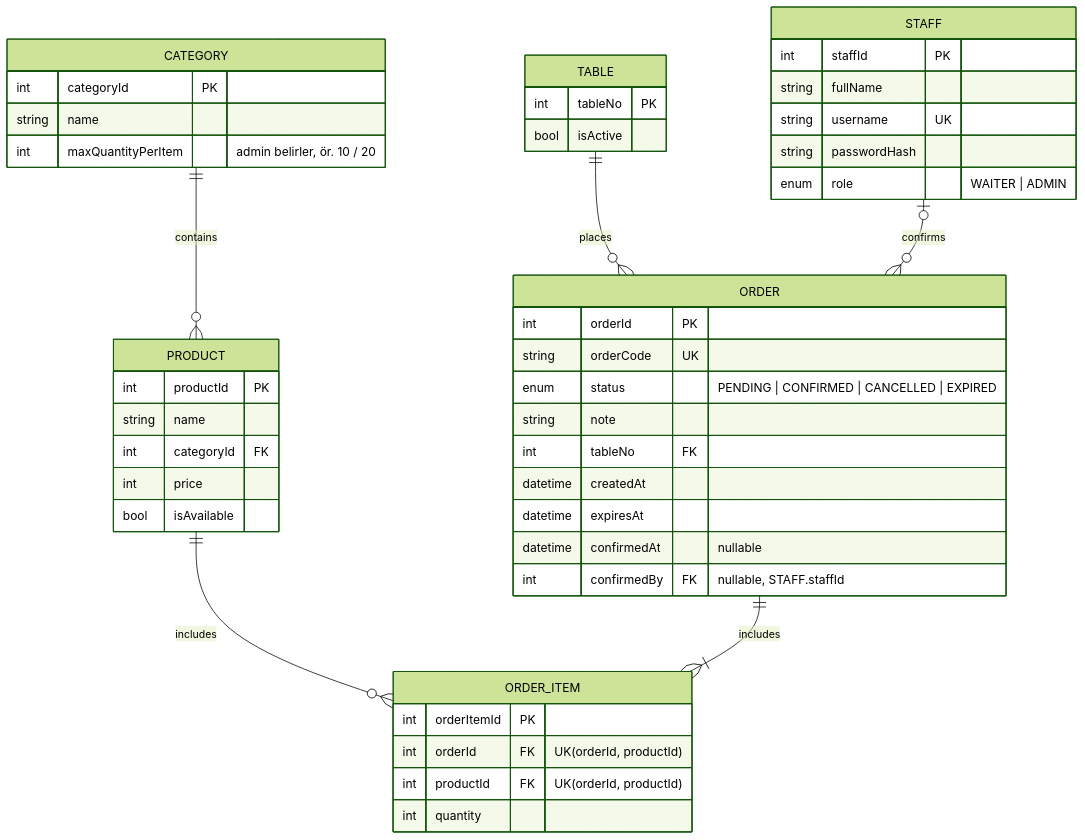
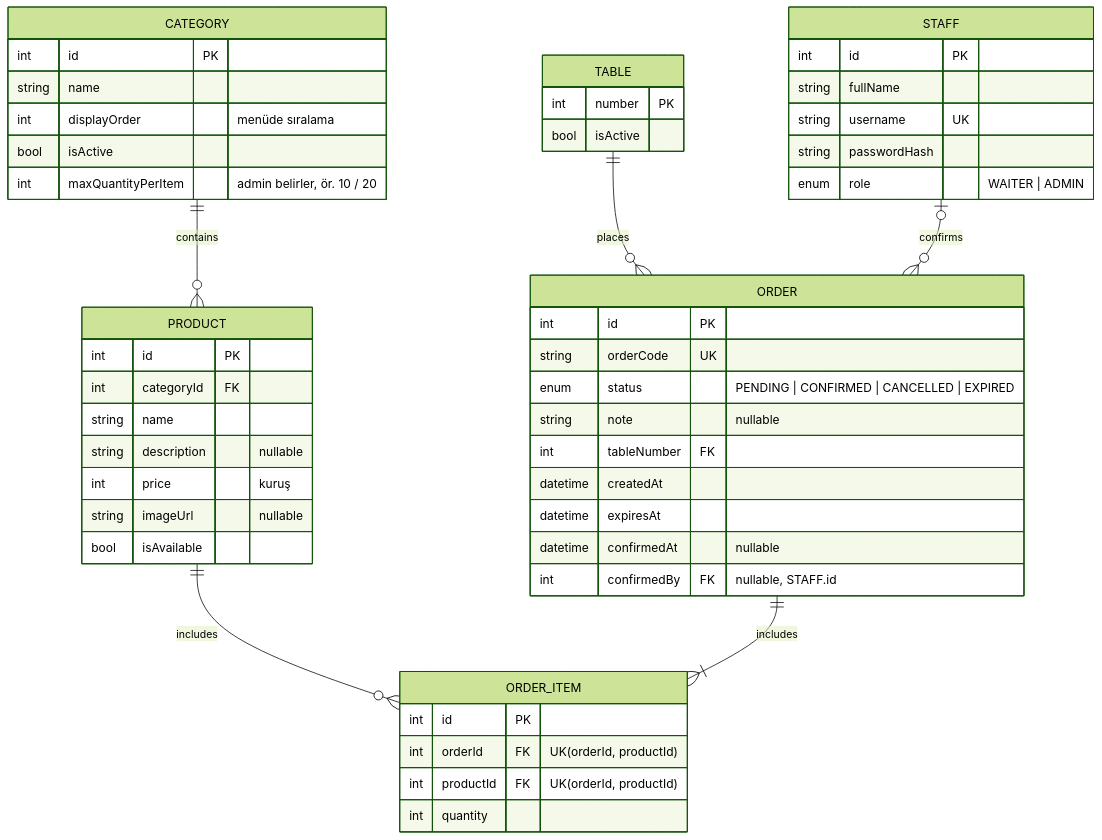
The diagram in docs/adr/001-database.md (AEVYEN/QR_Restaurant_Automation_App), drawn with Mermaid (forest theme) before and after one commit. The commit also changed other lines of this file and 1 other file, not shown here.

Commit message:
docs: record phase 2 decisions and align roadmap with domain model
- Add phase 2 decisions (envelope response, unversioned /health,
  env-schema, DI via plugin options, no Prisma models yet, event bus
  deferred to phase 5) and reorder phase 2 tasks
- Align ADR-001 ER diagram with roadmap entities (id PKs, Table.number,
  tableNumber FK, missing fields) and document camelCase/snake_case mapping
- Mark later order statuses as next version in the status diagram
- Fix staff actions to match the status machine (add staff cancel
  endpoint, replace "Reject" in waiter panel)
- Add per-phase Prisma model tasks; create Staff model in phase 5
- Fix ADR list to match existing files and update next step

````diff
--- a/docs/adr/001-database.md
+++ b/docs/adr/001-database.md
@@ -21,54 +21,58 @@
 ```mermaid
 erDiagram
     CATEGORY ||--o{ PRODUCT : contains
     PRODUCT  ||--o{ ORDER_ITEM : includes
     TABLE    ||--o{ ORDER : places
     ORDER    ||--|{ ORDER_ITEM : includes
     STAFF    |o--o{ ORDER : confirms
 
     CATEGORY {
-        int categoryId PK
+        int id PK
         string name
+        int displayOrder "menüde sıralama"
+        bool isActive
         int maxQuantityPerItem "admin belirler, ör. 10 / 20"
     }
 
     PRODUCT {
-        int productId PK
+        int id PK
+        int categoryId FK
         string name
-        int categoryId FK
-        int   price
-        bool   isAvailable
+        string description "nullable"
+        int price "kuruş"
+        string imageUrl "nullable"
+        bool isAvailable
     }
 
     TABLE {
-        int tableNo PK
+        int number PK
         bool isActive
     }
 
     ORDER {
-        int orderId PK
+        int id PK
         string orderCode UK
         enum status "PENDING | CONFIRMED | CANCELLED | EXPIRED"
-        string note
-        int tableNo FK
+        string note "nullable"
+        int tableNumber FK
         datetime createdAt
         datetime expiresAt
         datetime confirmedAt "nullable"
-        int confirmedBy FK "nullable, STAFF.staffId"
+        int confirmedBy FK "nullable, STAFF.id"
     }
 
     ORDER_ITEM {
-        int orderItemId PK
+        int id PK
         int orderId FK "UK(orderId, productId)"
         int productId FK "UK(orderId, productId)"
         int quantity
     }
 
     STAFF {
-        int staffId PK
+        int id PK
         string fullName
         string username UK
         string passwordHash
         enum role "WAITER | ADMIN"
     }
 ```
````
